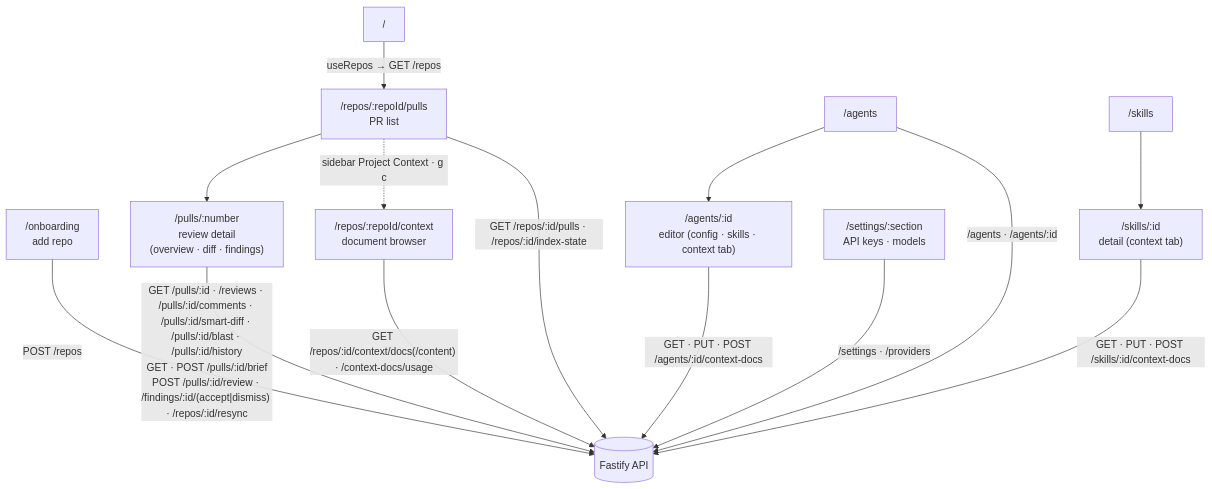
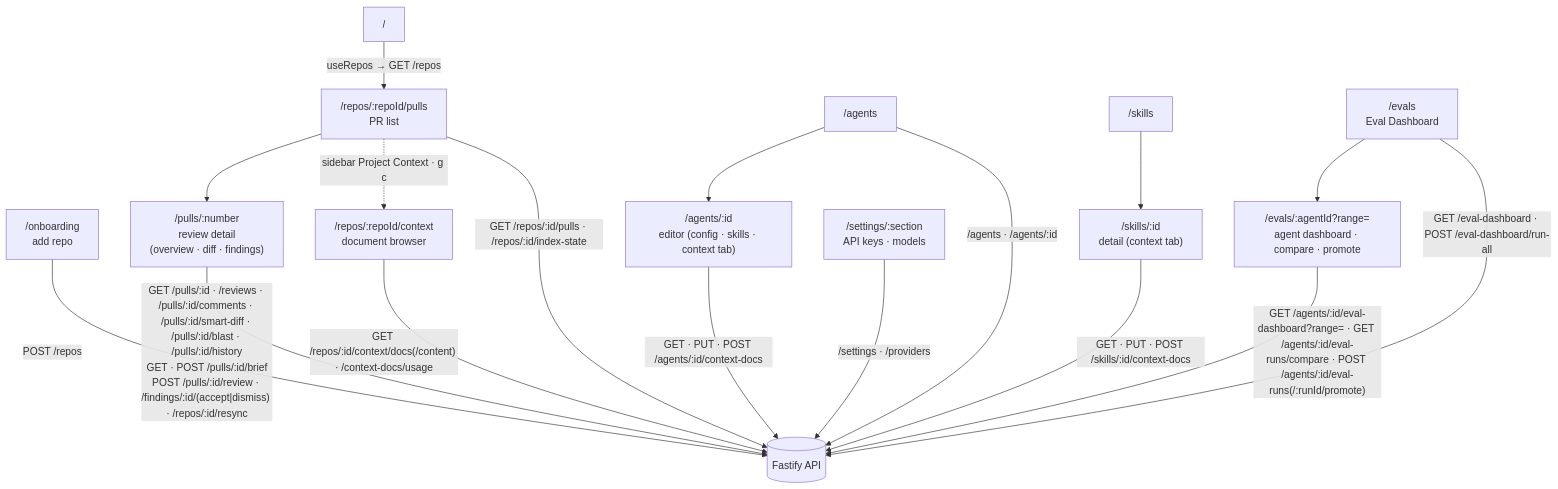
The diagram in client/README.md (Svyat90/dev-digest), drawn with Mermaid before and after one commit. The commit also changed 3 other files, not shown here.

Commit message:
docs(server,client): eval dashboard API map, run-start limit and cache keys (T018)

````diff
--- a/client/README.md
+++ b/client/README.md
@@ -24,19 +24,22 @@
 ```mermaid
 flowchart TD
   ROOT["/"] -->|"useRepos → GET /repos"| PULLS["/repos/:repoId/pulls<br/>PR list"]
   ONB["/onboarding<br/>add repo"] -->|"POST /repos"| API[("Fastify API")]
   PULLS --> PR["/pulls/:number<br/>review detail<br/>(overview · diff · findings)"]
 
   PULLS -.->|"sidebar Project Context · g c"| CTX["/repos/:repoId/context<br/>document browser"]
   AGENTS["/agents"] --> AGENT["/agents/:id<br/>editor (config · skills · context tab)"]
   SKILLS["/skills"] --> SKILL["/skills/:id<br/>detail (context tab)"]
   SETTINGS["/settings/:section<br/>API keys · models"]
+  EVALS["/evals<br/>Eval Dashboard"] --> AGENTEVAL["/evals/:agentId?range=<br/>agent dashboard · compare · promote"]
 
   PULLS -->|"GET /repos/:id/pulls · /repos/:id/index-state"| API
   PR -->|"GET /pulls/:id · /reviews · /pulls/:id/comments · /pulls/:id/smart-diff · /pulls/:id/blast · /pulls/:id/history<br/>GET · POST /pulls/:id/brief<br/>POST /pulls/:id/review · /findings/:id/(accept|dismiss) · /repos/:id/resync"| API
   CTX -->|"GET /repos/:id/context/docs(/content) · /context-docs/usage"| API
   AGENT -->|"GET · PUT · POST /agents/:id/context-docs"| API
   SKILL -->|"GET · PUT · POST /skills/:id/context-docs"| API
   AGENTS -->|"/agents · /agents/:id"| API
   SETTINGS -->|"/settings · /providers"| API
+  EVALS -->|"GET /eval-dashboard · POST /eval-dashboard/run-all"| API
+  AGENTEVAL -->|"GET /agents/:id/eval-dashboard?range= · GET /agents/:id/eval-runs/compare · POST /agents/:id/eval-runs(/:runId/promote)"| API
 ```
````
